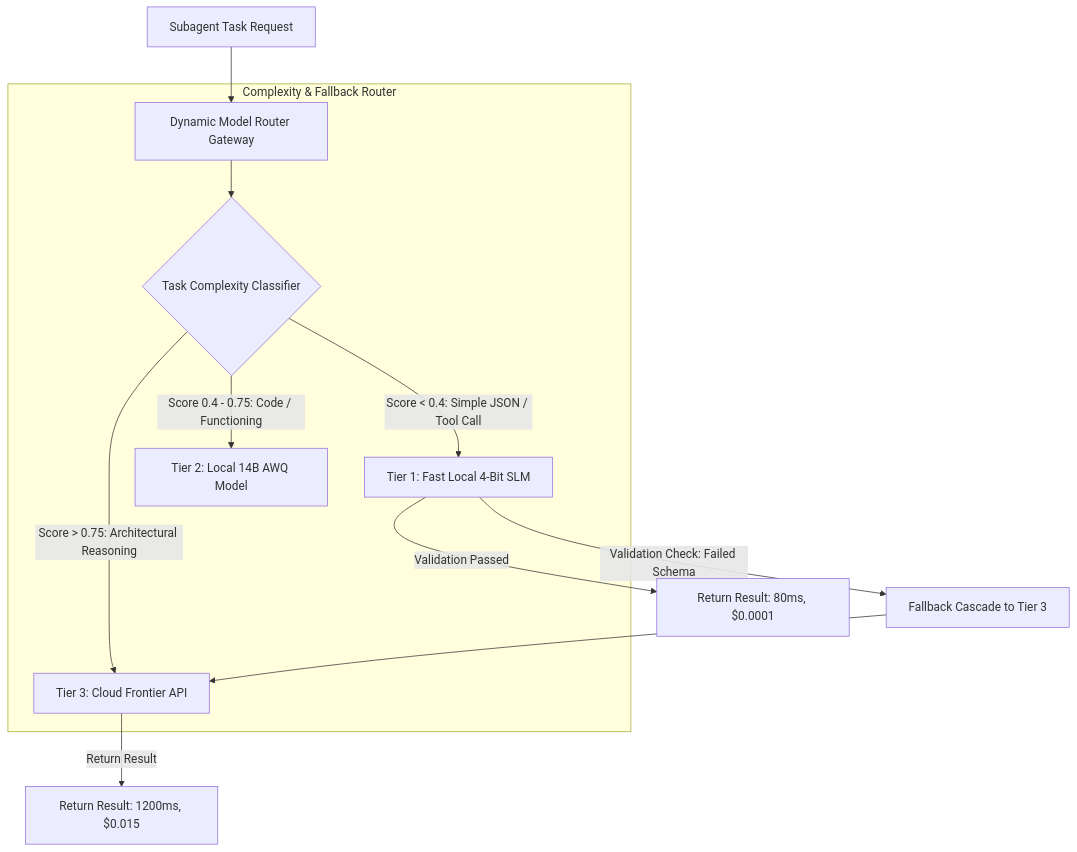
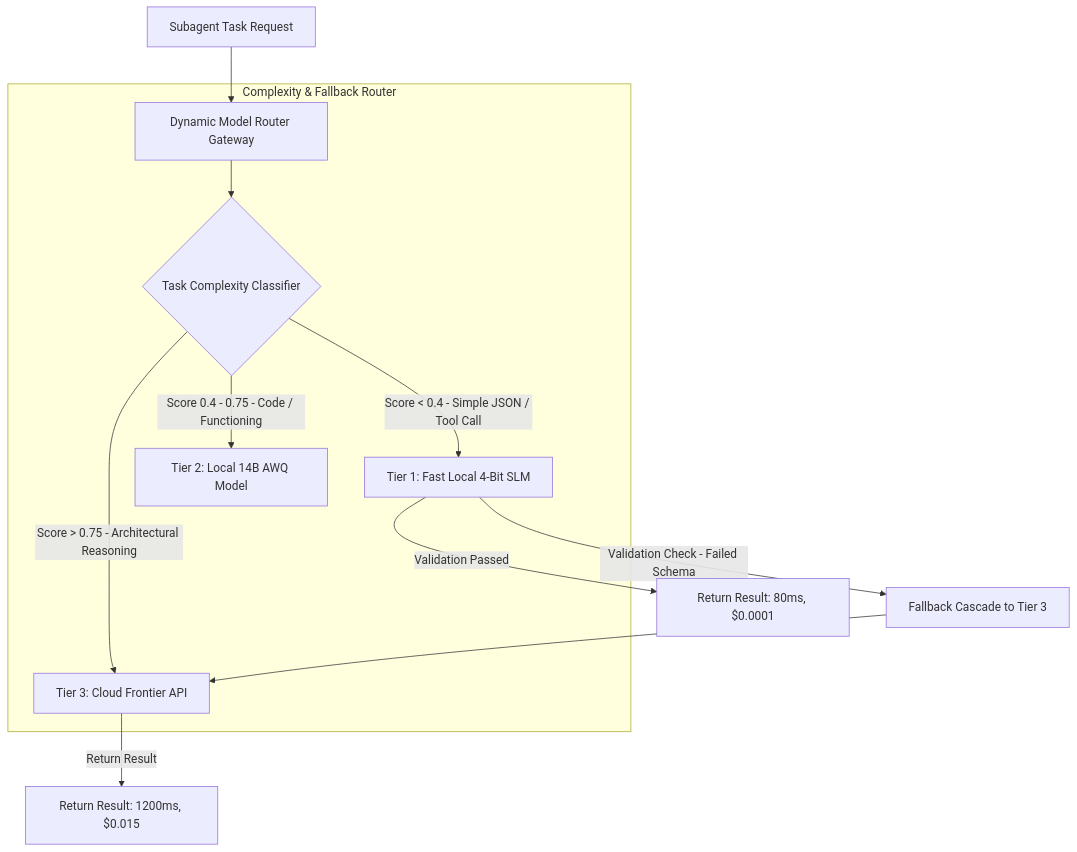
The diagram in blog/posts/dynamic-model-cascading-routing-local-slm-cloud-frontier-apis.md (akmalkhaniub/akmalkhaniub.github.io), drawn with Mermaid before and after one commit. The commit also changed 411 other files, not shown here.

````diff
--- a/blog/posts/dynamic-model-cascading-routing-local-slm-cloud-frontier-apis.md
+++ b/blog/posts/dynamic-model-cascading-routing-local-slm-cloud-frontier-apis.md
@@ -19,16 +19,16 @@
 ```mermaid
-graph TD
+flowchart TD
   A[Subagent Task Request] --> B[Dynamic Model Router Gateway]
   
   subgraph SG1_ComplexityFallbackRouter ["Complexity & Fallback Router"]
     B --> C{Task Complexity Classifier}
-    C -->|Score < 0.4: Simple JSON / Tool Call| D[Tier 1: Fast Local 4-Bit SLM]
-    C -->|Score 0.4 - 0.75: Code / Functioning| E[Tier 2: Local 14B AWQ Model]
-    C -->|Score > 0.75: Architectural Reasoning| F[Tier 3: Cloud Frontier API]
+    C -->|Score < 0.4 - Simple JSON / Tool Call| D[Tier 1: Fast Local 4-Bit SLM]
+    C -->|Score 0.4 - 0.75 - Code / Functioning| E[Tier 2: Local 14B AWQ Model]
+    C -->|Score > 0.75 - Architectural Reasoning| F[Tier 3: Cloud Frontier API]
   end
   
-  D -->|Validation Check: Failed Schema| G[Fallback Cascade to Tier 3]
+  D -->|Validation Check - Failed Schema| G[Fallback Cascade to Tier 3]
   G --> F
   D -->|Validation Passed| H[Return Result: 80ms, $0.0001]
   F -->|Return Result| I[Return Result: 1200ms, $0.015]
 ```
````
